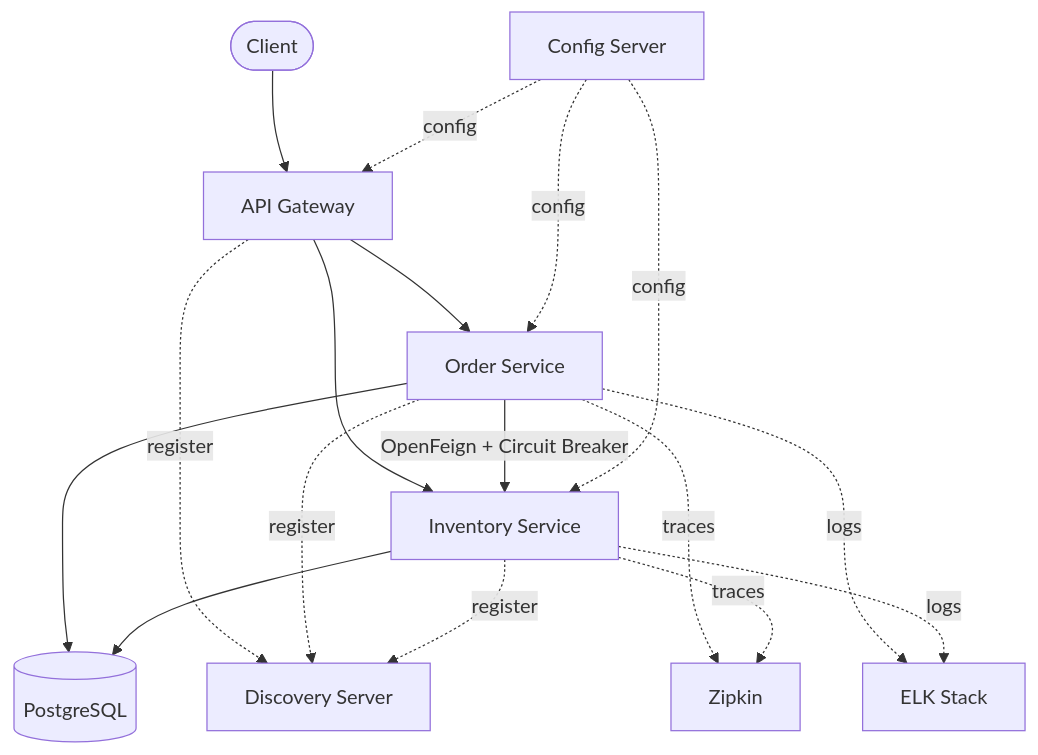
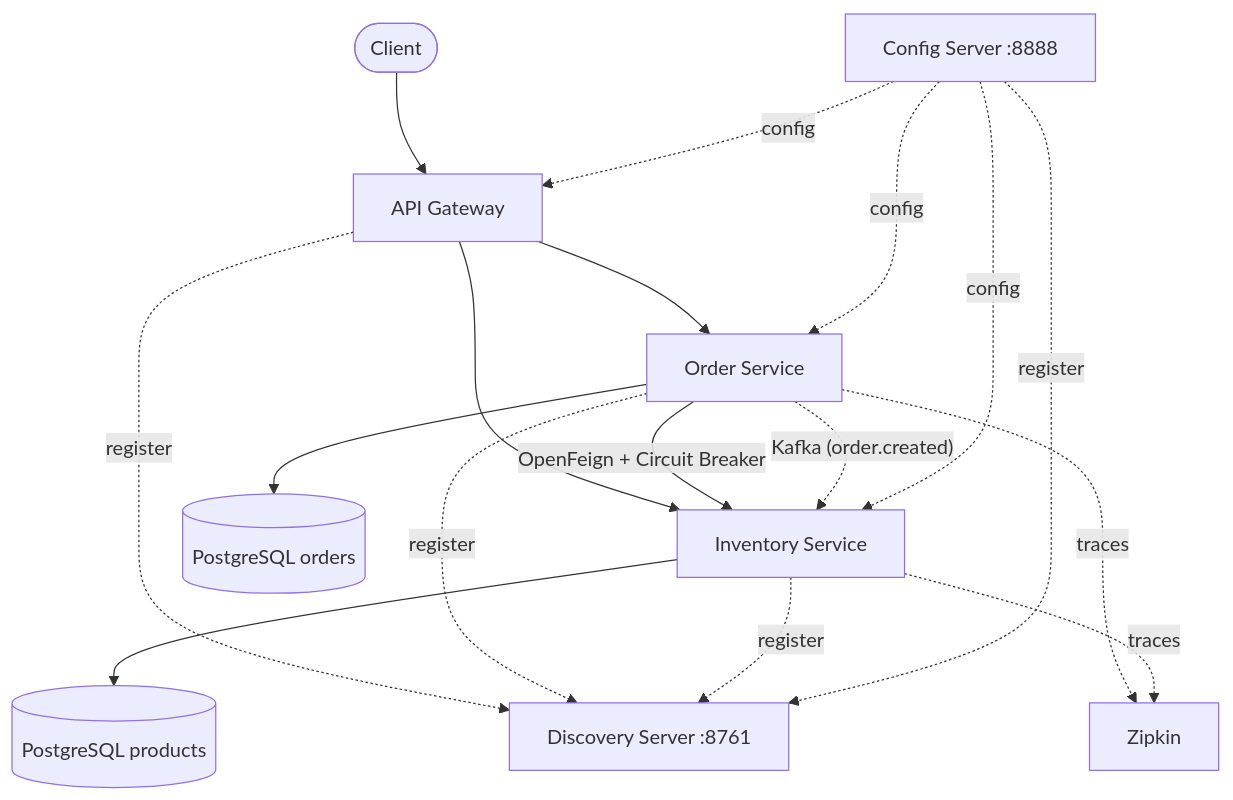
Before and after one commit to smitroy4/CircuitMart: the diagram in README.md, drawn with Mermaid. The commit also changed other lines of this file and 31 other files, not shown here.

Commit message:
Added SYSTEM.md architecture guide, updated README with Kafka, added docker-compose, and implement event-driven stock reservation with Apache Kafka

````diff
--- a/README.md
+++ b/README.md
@@ -23,26 +36,25 @@
 ```mermaid
 graph TD
     Client([Client]) --> Gateway[API Gateway]
 
     Gateway --> Order[Order Service]
     Gateway --> Inventory[Inventory Service]
 
     Order -- "OpenFeign + Circuit Breaker" --> Inventory
+    Order -. "Kafka (order.created)" .-> Inventory
 
-    Order --> DB[(PostgreSQL)]
-    Inventory --> DB
+    Order --> DB1[(PostgreSQL orders)]
+    Inventory --> DB2[(PostgreSQL products)]
 
-    Gateway -. register .-> Eureka[Discovery Server]
+    Gateway -. register .-> Eureka[Discovery Server :8761]
     Order -. register .-> Eureka
     Inventory -. register .-> Eureka
+    Config[Config Server :8888] -. register .-> Eureka
 
-    Config[Config Server] -. config .-> Gateway
+    Config -. config .-> Gateway
     Config -. config .-> Order
     Config -. config .-> Inventory
 
     Order -. traces .-> Zipkin[Zipkin]
     Inventory -. traces .-> Zipkin
-
-    Order -. logs .-> ELK[ELK Stack]
-    Inventory -. logs .-> ELK
 ```
````
